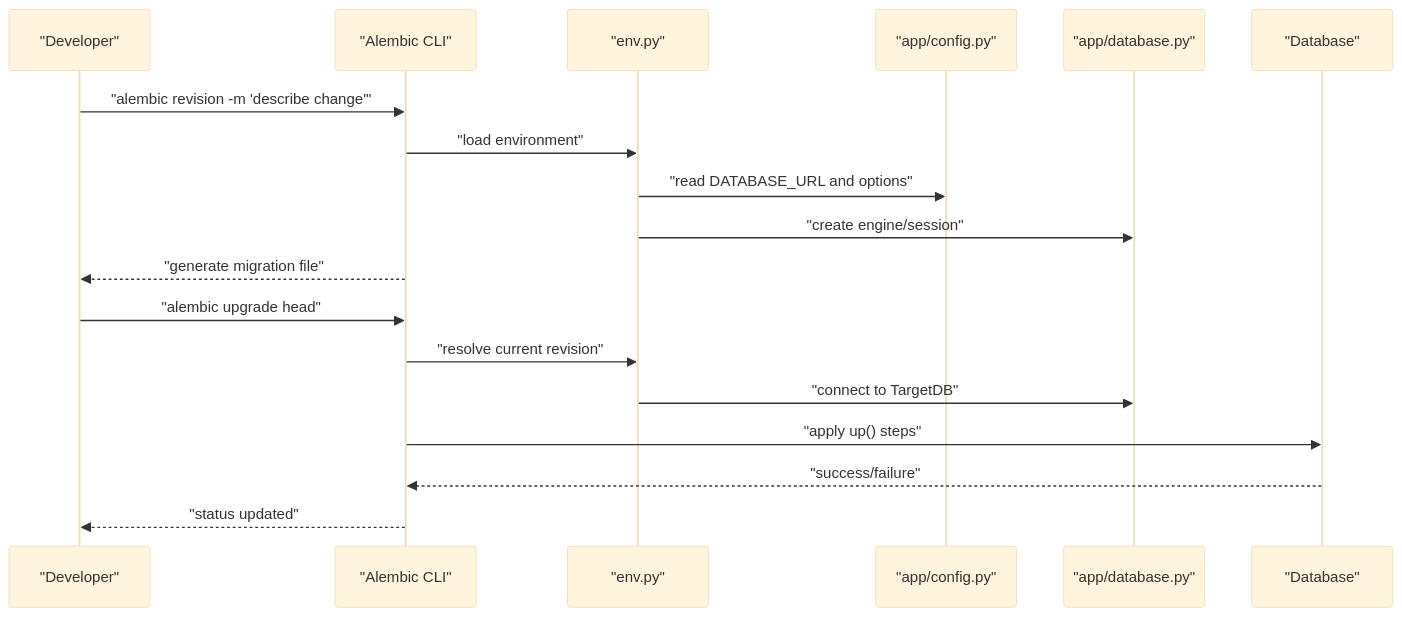
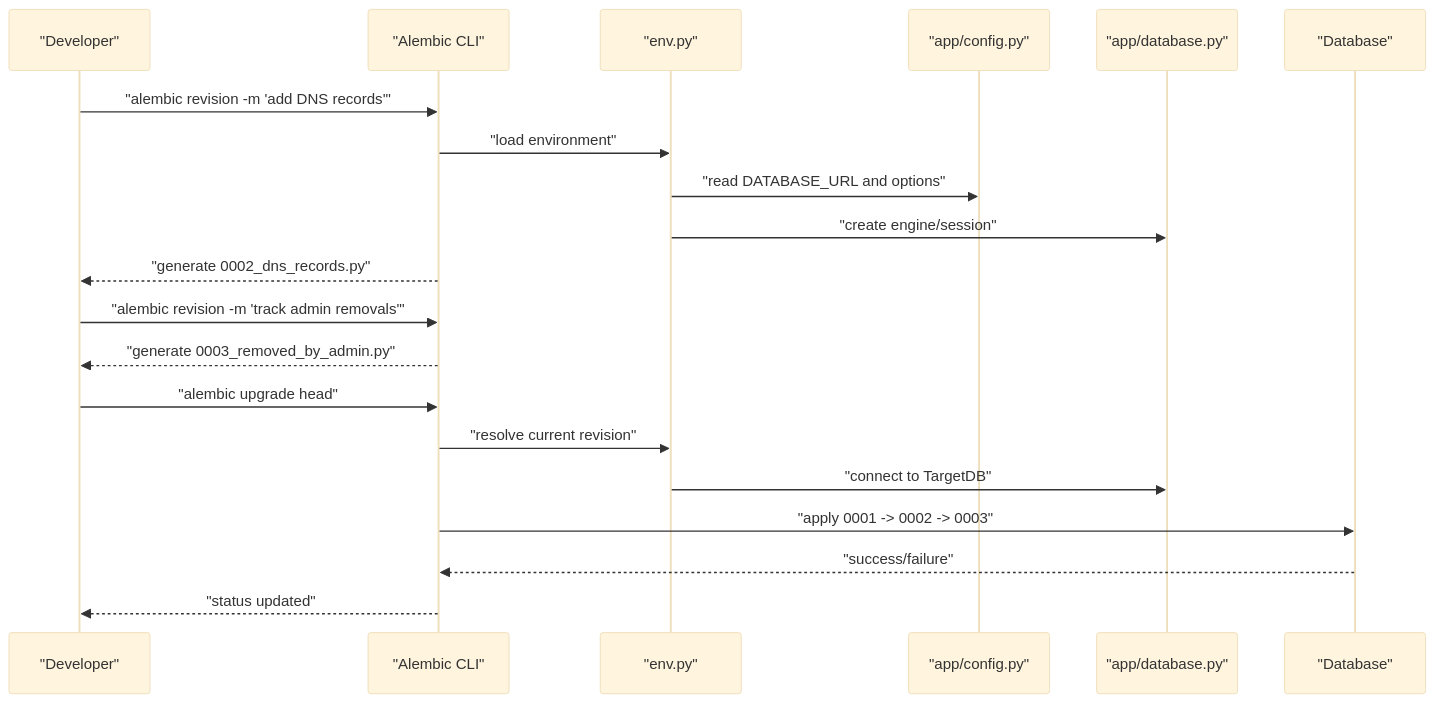
The second of 4 diagrams in .qoder/repowiki/en/content/System Architecture/Backend Architecture/Database Layer & Data Models/Database Migrations & Schema Evolution.md (14Lucifer/hackathon_ecs_creator), drawn with Mermaid (base theme) before and after one commit. The commit also changed other lines of this file and 92 other files, not shown here.

````diff
--- a/.qoder/repowiki/en/content/System Architecture/Backend Architecture/Database Layer & Data Models/Database Migrations & Schema Evolution.md
+++ b/.qoder/repowiki/en/content/System Architecture/Backend Architecture/Database Layer & Data Models/Database Migrations & Schema Evolution.md
@@ -95,20 +119,22 @@
 ```mermaid
 sequenceDiagram
 participant Dev as "Developer"
 participant CLI as "Alembic CLI"
 participant Env as "env.py"
 participant DBConf as "app/config.py"
 participant DB as "app/database.py"
 participant TargetDB as "Database"
-Dev->>CLI : "alembic revision -m 'describe change'"
+Dev->>CLI : "alembic revision -m 'add DNS records'"
 CLI->>Env : "load environment"
 Env->>DBConf : "read DATABASE_URL and options"
 Env->>DB : "create engine/session"
-CLI-->>Dev : "generate migration file"
+CLI-->>Dev : "generate 0002_dns_records.py"
+Dev->>CLI : "alembic revision -m 'track admin removals'"
+CLI-->>Dev : "generate 0003_removed_by_admin.py"
 Dev->>CLI : "alembic upgrade head"
 CLI->>Env : "resolve current revision"
 Env->>DB : "connect to TargetDB"
-CLI->>TargetDB : "apply up() steps"
+CLI->>TargetDB : "apply 0001 -> 0002 -> 0003"
 TargetDB-->>CLI : "success/failure"
 CLI-->>Dev : "status updated"
 ```
````
